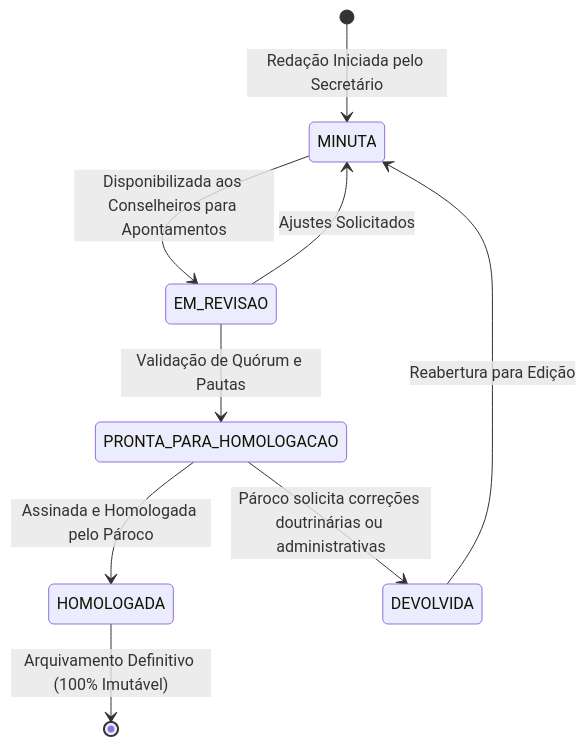
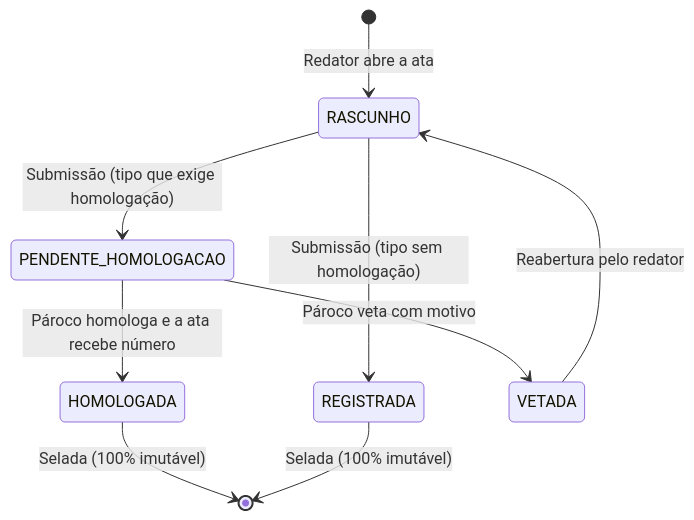
Before and after one commit to BrunoLV/paroquia: the fourth of 4 diagrams in docs/guide/estados.md, drawn with Mermaid. The commit also changed other lines of this file and 283 other files, not shown here.

First line of the commit message:
feat(conselho): atas de reuniao por tipo, homologacao, exportacao e auditoria (v0.12.0) (#27)

````diff
--- a/docs/guide/estados.md
+++ b/docs/guide/estados.md
@@ -104,16 +83,15 @@
 ```mermaid
 stateDiagram-v2
-    [*] --> MINUTA: Redação Iniciada pelo Secretário
+    [*] --> RASCUNHO: Redator abre a ata
 
-    MINUTA --> EM_REVISAO: Disponibilizada aos Conselheiros para Apontamentos
-    EM_REVISAO --> MINUTA: Ajustes Solicitados
+    RASCUNHO --> PENDENTE_HOMOLOGACAO: Submissão (tipo que exige homologação)
+    RASCUNHO --> REGISTRADA: Submissão (tipo sem homologação)
 
-    EM_REVISAO --> PRONTA_PARA_HOMOLOGACAO: Validação de Quórum e Pautas
+    PENDENTE_HOMOLOGACAO --> HOMOLOGADA: Pároco homologa e a ata recebe número
+    PENDENTE_HOMOLOGACAO --> VETADA: Pároco veta com motivo
 
-    PRONTA_PARA_HOMOLOGACAO --> HOMOLOGADA: Assinada e Homologada pelo Pároco
-    PRONTA_PARA_HOMOLOGACAO --> DEVOLVIDA: Pároco solicita correções doutrinárias ou administrativas
+    VETADA --> RASCUNHO: Reabertura pelo redator
 
-    DEVOLVIDA --> MINUTA: Reabertura para Edição
-
-    HOMOLOGADA --> [*]: Arquivamento Definitivo (100% Imutável)
+    HOMOLOGADA --> [*]: Selada (100% imutável)
+    REGISTRADA --> [*]: Selada (100% imutável)
 ```
````
